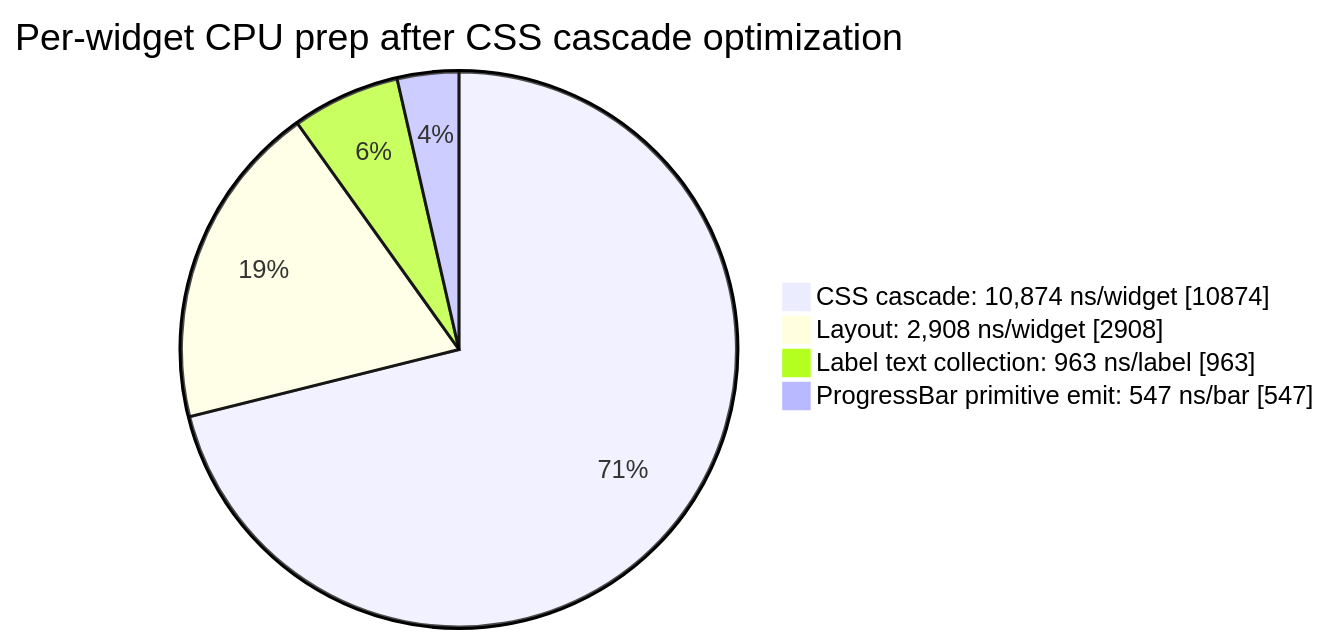
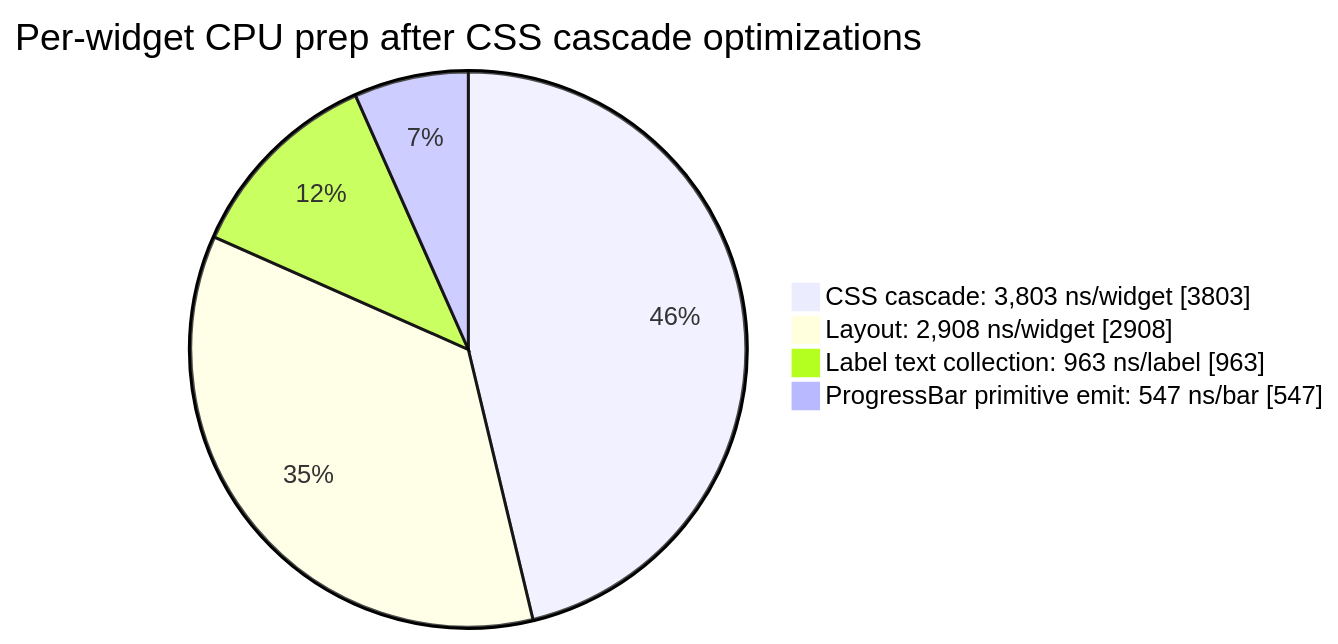
The first of 6 diagrams in docs/dragon-gui-benchmark-pie-charts.md (NKocur/DragonGui), drawn with Mermaid before and after one commit. The commit also changed other lines of this file and 14 other files, not shown here.

````diff
--- a/docs/dragon-gui-benchmark-pie-charts.md
+++ b/docs/dragon-gui-benchmark-pie-charts.md
@@ -13,8 +14,8 @@
 ```mermaid
 pie showData
-    title Per-widget CPU prep after CSS cascade optimization
-    "CSS cascade: 10,874 ns/widget" : 10874
+    title Per-widget CPU prep after CSS cascade optimizations
+    "CSS cascade: 3,803 ns/widget" : 3803
     "Layout: 2,908 ns/widget" : 2908
     "Label text collection: 963 ns/label" : 963
     "ProgressBar primitive emit: 547 ns/bar" : 547
 ```
````
